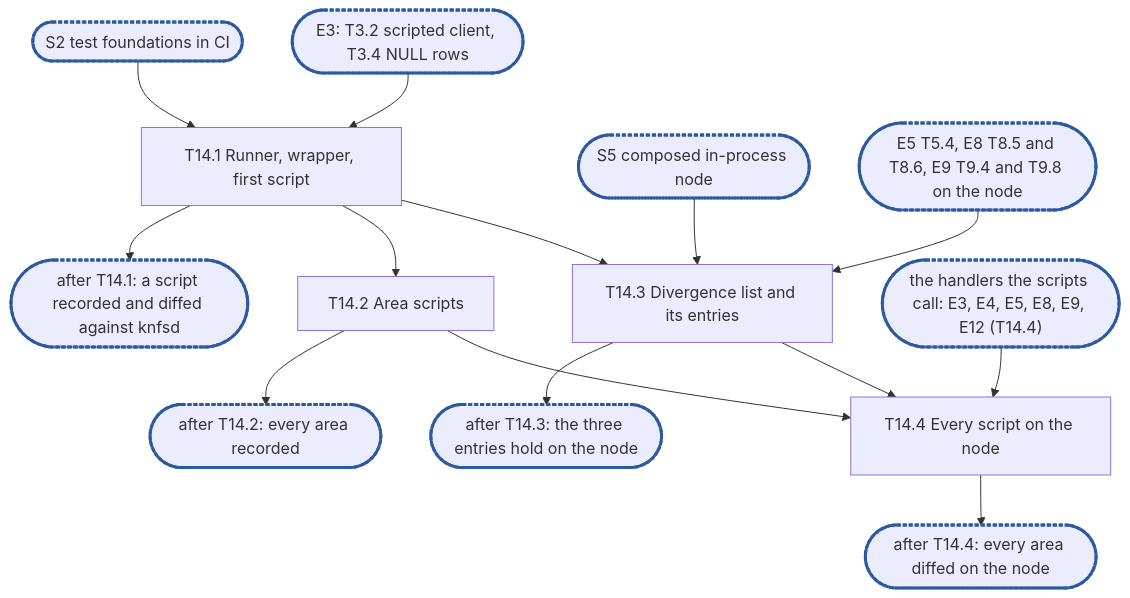
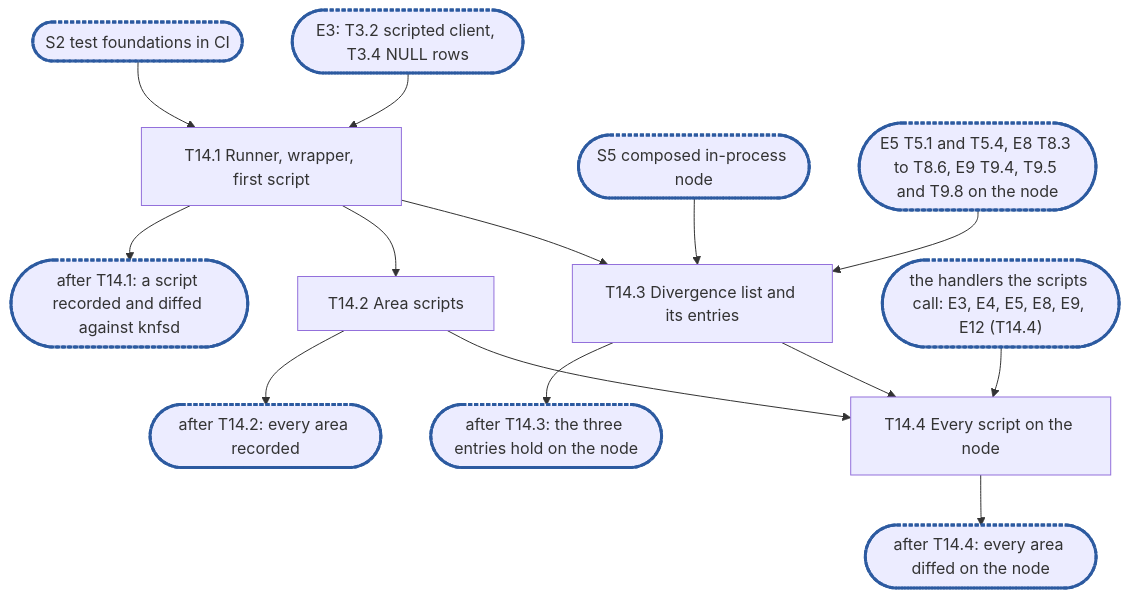
The diagram in .planning/rfc-21-nfs-epic14.md (cubbit/dittofs), drawn with Mermaid before and after one commit. The commit also changed other lines of this file and 1 other file, not shown here.

````diff
--- a/.planning/rfc-21-nfs-epic14.md
+++ b/.planning/rfc-21-nfs-epic14.md
@@ -619,17 +650,17 @@
 ```mermaid
 flowchart TD
   S2(["S2 test foundations in CI"]):::sync --> T14_1["T14.1 Runner, wrapper, first script"]
   T14_1 --> C1(["after T14.1: a script recorded and diffed against knfsd"]):::sync
   T14_1 --> T14_2["T14.2 Area scripts"]
   E3(["E3: T3.2 scripted client, T3.4 NULL rows"]):::sync --> T14_1
   S5(["S5 composed in-process node"]):::sync --> T14_3["T14.3 Divergence list and its entries"]
-  EN(["E5 T5.4, E8 T8.5 and T8.6, E9 T9.4 and T9.8 on the node"]):::sync --> T14_3
+  EN(["E5 T5.1 and T5.4, E8 T8.3 to T8.6, E9 T9.4, T9.5 and T9.8 on the node"]):::sync --> T14_3
   T14_1 --> T14_3
   T14_2 --> C2(["after T14.2: every area recorded"]):::sync
   T14_3 --> C3(["after T14.3: the three entries hold on the node"]):::sync
   T14_2 --> T14_4["T14.4 Every script on the node"]
   T14_3 --> T14_4
   EH(["the handlers the scripts call: E3, E4, E5, E8, E9, E12 (T14.4)"]):::sync --> T14_4
   T14_4 --> C4(["after T14.4: every area diffed on the node"]):::sync
   classDef sync stroke:#2c5aa0,stroke-width:3px,stroke-dasharray:4 2
 ```
````
